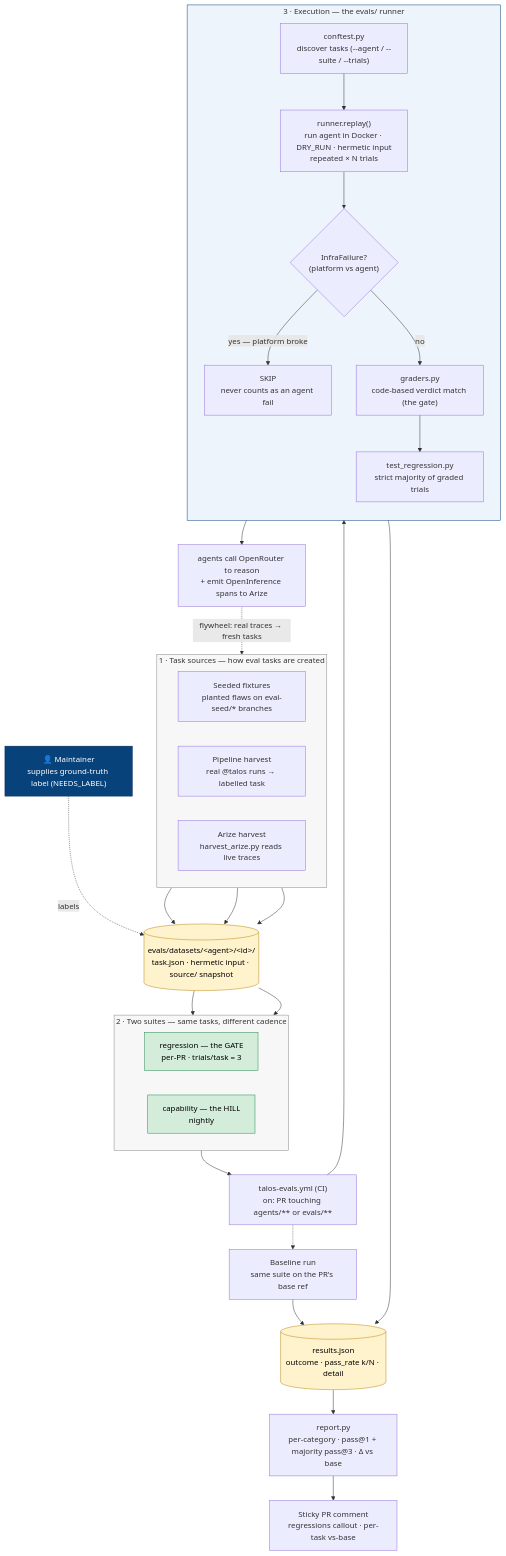
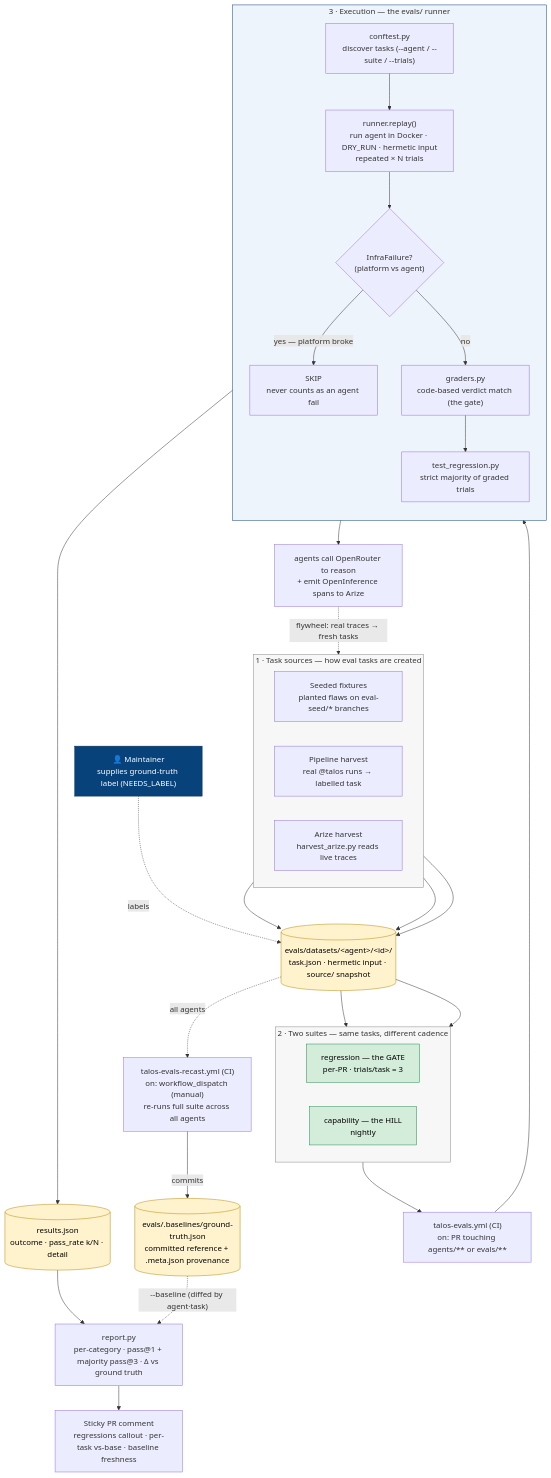
One commit to darkin100/talos changed the diagram in docs/EVAL_ARCHITECTURE.md. Above: the diagram before and after it, drawn with Mermaid. The commit also changed other lines of this file, not shown here.

First line of the commit message:
Evals/ground truth baseline (#101)

````diff
--- a/docs/EVAL_ARCHITECTURE.md
+++ b/docs/EVAL_ARCHITECTURE.md
@@ -8,71 +8,76 @@
 ```mermaid
 flowchart TB
   %% ---- where tasks come from ----
   subgraph SRC["1 · Task sources — how eval tasks are created"]
     direction LR
     seeded["Seeded fixtures<br/>planted flaws on eval-seed/* branches"]
     pipe["Pipeline harvest<br/>real @talos runs → labelled task"]
     arize["Arize harvest<br/>harvest_arize.py reads live traces"]
   end
 
   datasets[("evals/datasets/&lt;agent&gt;/&lt;id&gt;/<br/>task.json · hermetic input · source/ snapshot")]
   maintainer["👤 Maintainer<br/>supplies ground-truth label (NEEDS_LABEL)"]
 
   seeded --> datasets
   pipe --> datasets
   arize --> datasets
   maintainer -.->|labels| datasets
 
   %% ---- the two suites ----
   subgraph SUITES["2 · Two suites — same tasks, different cadence"]
     direction LR
     regression["regression — the GATE<br/>per-PR · trials/task = 3"]
     capability["capability — the HILL<br/>nightly"]
   end
   datasets --> regression
   datasets --> capability
 
   %% ---- execution ----
   trigger["talos-evals.yml (CI)<br/>on: PR touching agents/** or evals/**"]
   regression --> trigger
 
   subgraph RUN["3 · Execution — the evals/ runner"]
     direction TB
     discover["conftest.py<br/>discover tasks (--agent / --suite / --trials)"]
     replay["runner.replay()<br/>run agent in Docker · DRY_RUN · hermetic input<br/>repeated × N trials"]
     infra{"InfraFailure?<br/>(platform vs agent)"}
     skip["SKIP<br/>never counts as an agent fail"]
     grade["graders.py<br/>code-based verdict match (the gate)"]
     majority["test_regression.py<br/>strict majority of graded trials"]
     discover --> replay --> infra
     infra -->|"yes — platform broke"| skip
     infra -->|no| grade --> majority
   end
   trigger --> discover
 
   %% ---- results + reporting ----
   results[("results.json<br/>outcome · pass_rate k/N · detail")]
   majority --> results
 
-  baseline["Baseline run<br/>same suite on the PR's base ref"]
-  trigger -.-> baseline --> results
+  %% the baseline is NOT recomputed per-PR — it's a committed snapshot,
+  %% re-cast deliberately by a separate manual workflow.
+  recast["talos-evals-recast.yml (CI)<br/>on: workflow_dispatch (manual)<br/>re-runs full suite across all agents"]
+  groundtruth[("evals/.baselines/ground-truth.json<br/>committed reference + .meta.json provenance")]
+  datasets -.->|"all agents"| recast
+  recast -->|"commits"| groundtruth
 
-  report["report.py<br/>per-category · pass@1 + majority pass@3 · Δ vs base"]
-  comment["Sticky PR comment<br/>regressions callout · per-task vs-base"]
+  report["report.py<br/>per-category · pass@1 + majority pass@3 · Δ vs ground truth"]
+  comment["Sticky PR comment<br/>regressions callout · per-task vs-base · baseline freshness"]
   results --> report --> comment
+  groundtruth -.->|"--baseline (diffed by agent·task)"| report
 
   %% ---- the flywheel ----
   agentcall["agents call OpenRouter to reason<br/>+ emit OpenInference spans to Arize"]
   replay --> agentcall
   agentcall -.->|"flywheel: real traces → fresh tasks"| arize
 
   classDef store fill:#fff3cd,stroke:#b8860b,color:#000;
   classDef person fill:#08427b,color:#fff,stroke:#052e56;
   classDef gate fill:#d4edda,stroke:#1f8a4c,color:#000;
-  class datasets,results store;
+  class datasets,results,groundtruth store;
   class maintainer person;
   class regression,capability gate;
   style RUN fill:#eef4fb,stroke:#08427b;
   style SRC fill:#f7f7f7,stroke:#888;
   style SUITES fill:#f7f7f7,stroke:#888;
 ```
````
